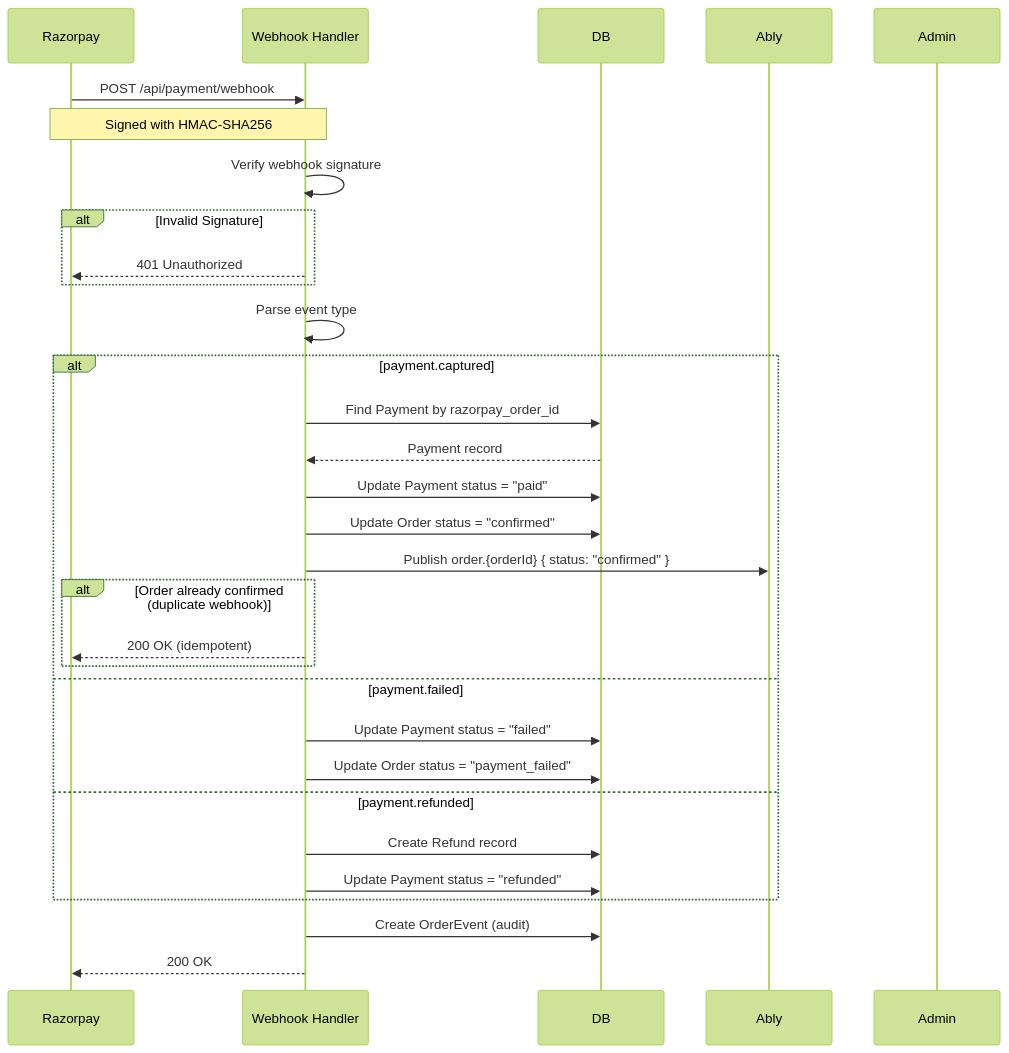
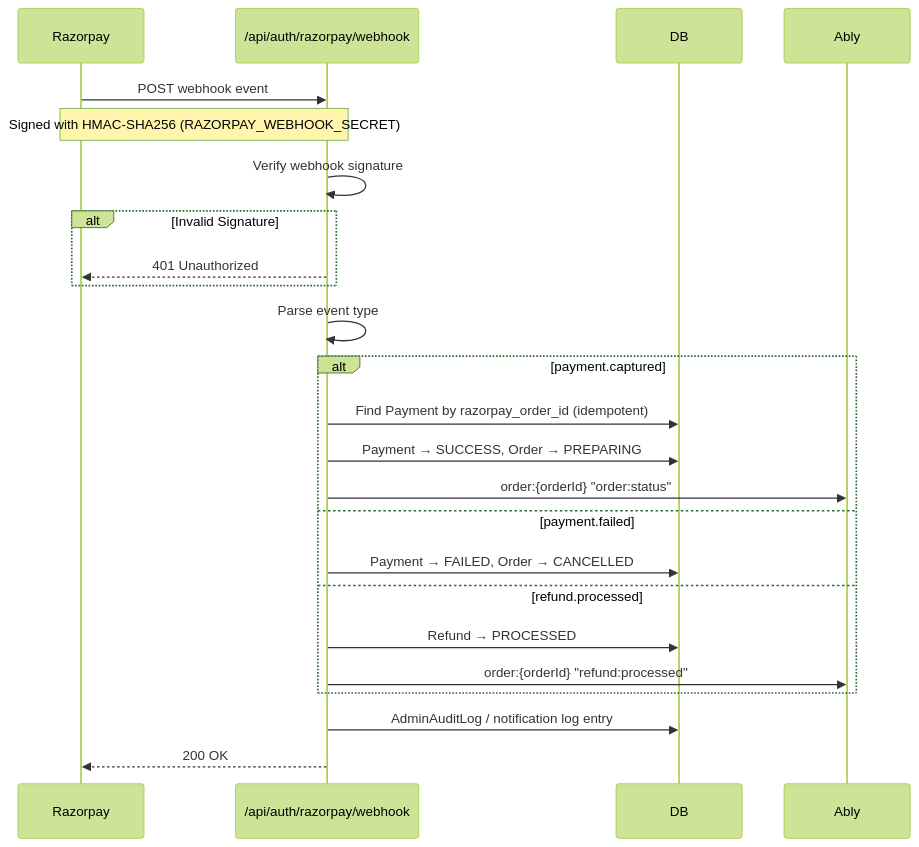
The third of 6 diagrams in docs/08-payment-system.md (dharshan47/rrckitchen), drawn with Mermaid (forest theme) before and after one commit. The commit also changed other lines of this file and 462 other files, not shown here.

````diff
--- a/docs/08-payment-system.md
+++ b/docs/08-payment-system.md
@@ -162,38 +149,31 @@
 ```mermaid
 sequenceDiagram
     participant Razorpay
-    participant WH as Webhook Handler
+    participant WH as /api/auth/razorpay/webhook
     participant DB
     participant Ably
-    participant Admin
 
-    Razorpay->>WH: POST /api/payment/webhook
-    Note over Razorpay,WH: Signed with HMAC-SHA256
+    Razorpay->>WH: POST webhook event
+    Note over Razorpay,WH: Signed with HMAC-SHA256 (RAZORPAY_WEBHOOK_SECRET)
 
     WH->>WH: Verify webhook signature
     alt Invalid Signature
         WH-->>Razorpay: 401 Unauthorized
     end
 
     WH->>WH: Parse event type
 
     alt payment.captured
-        WH->>DB: Find Payment by razorpay_order_id
-        DB-->>WH: Payment record
-        WH->>DB: Update Payment status = "paid"
-        WH->>DB: Update Order status = "confirmed"
-        WH->>Ably: Publish order.{orderId} { status: "confirmed" }
-        alt Order already confirmed (duplicate webhook)
-            WH-->>Razorpay: 200 OK (idempotent)
-        end
+        WH->>DB: Find Payment by razorpay_order_id (idempotent)
+        WH->>DB: Payment → SUCCESS, Order → PREPARING
+        WH->>Ably: order:{orderId} "order:status"
     else payment.failed
-        WH->>DB: Update Payment status = "failed"
-        WH->>DB: Update Order status = "payment_failed"
-    else payment.refunded
-        WH->>DB: Create Refund record
-        WH->>DB: Update Payment status = "refunded"
+        WH->>DB: Payment → FAILED, Order → CANCELLED
+    else refund.processed
+        WH->>DB: Refund → PROCESSED
+        WH->>Ably: order:{orderId} "refund:processed"
     end
 
-    WH->>DB: Create OrderEvent (audit)
+    WH->>DB: AdminAuditLog / notification log entry
     WH-->>Razorpay: 200 OK
 ```
````
